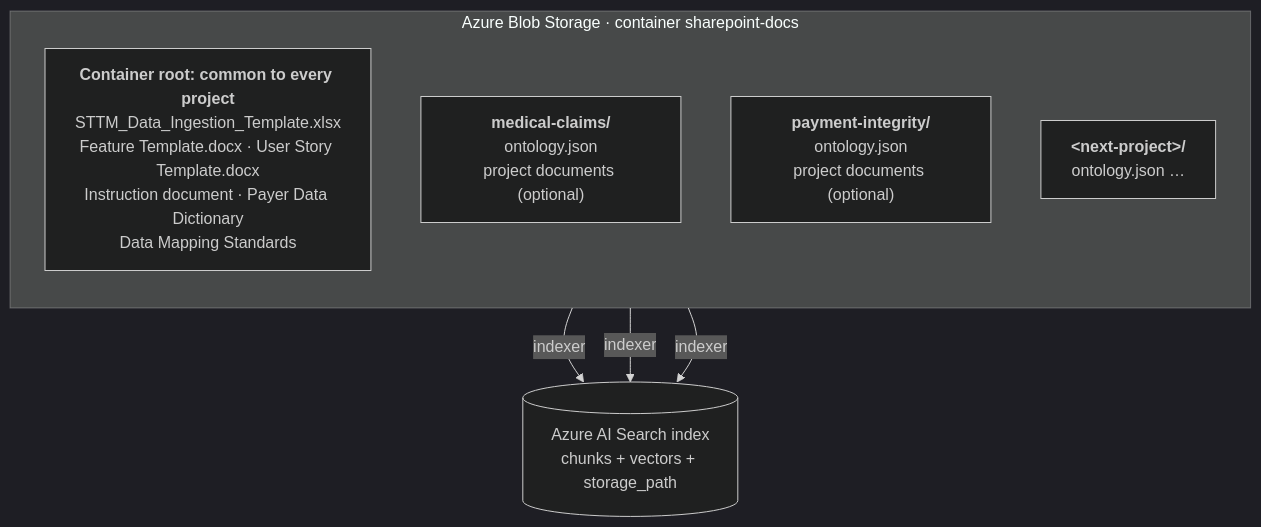
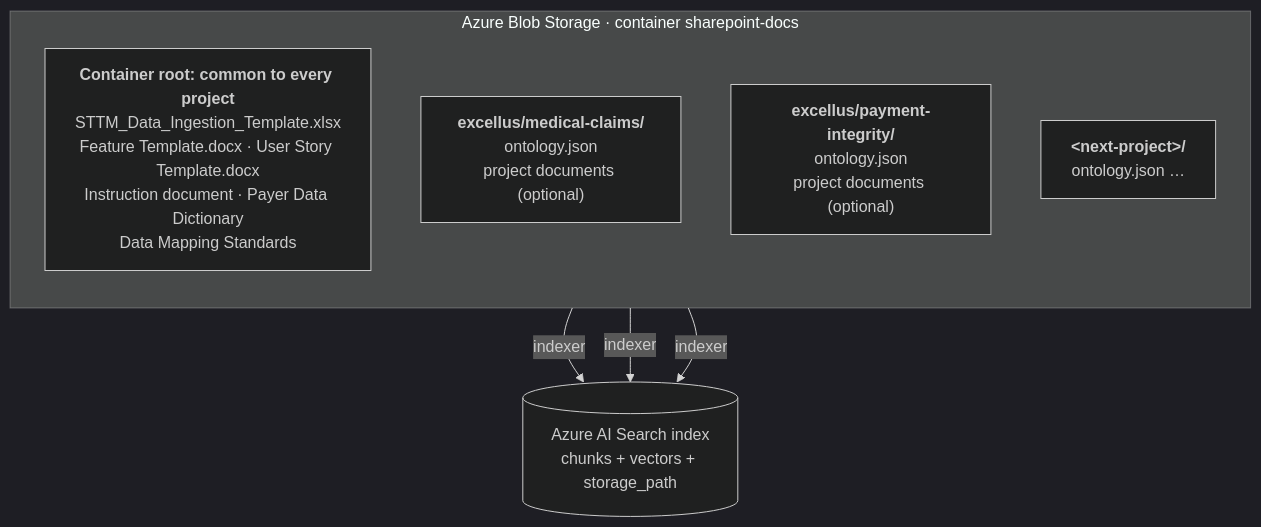
The fourth of 10 diagrams in ontology.md (oterademoacrisure/P_Backend_FastAPI_Azure), drawn with Mermaid (dark theme) before and after one commit. The commit also changed other lines of this file and 29 other files, not shown here.

````diff
--- a/ontology.md
+++ b/ontology.md
@@ -371,14 +371,14 @@
 ```mermaid
 flowchart TB
     subgraph Blob["Azure Blob Storage · container sharepoint-docs"]
         direction TB
         ROOT["<b>Container root: common to every project</b><br/>STTM_Data_Ingestion_Template.xlsx<br/>Feature Template.docx · User Story Template.docx<br/>Instruction document · Payer Data Dictionary<br/>Data Mapping Standards"]
-        P1["<b>medical-claims/</b><br/>ontology.json<br/>project documents (optional)"]
-        P2["<b>payment-integrity/</b><br/>ontology.json<br/>project documents (optional)"]
+        P1["<b>excellus/medical-claims/</b><br/>ontology.json<br/>project documents (optional)"]
+        P2["<b>excellus/payment-integrity/</b><br/>ontology.json<br/>project documents (optional)"]
         PN["<b>&lt;next-project&gt;/</b><br/>ontology.json …"]
     end
     IX[("Azure AI Search index<br/>chunks + vectors + storage_path")]
     ROOT -- "indexer" --> IX
     P1 -- "indexer" --> IX
     P2 -- "indexer" --> IX
 ```
````
